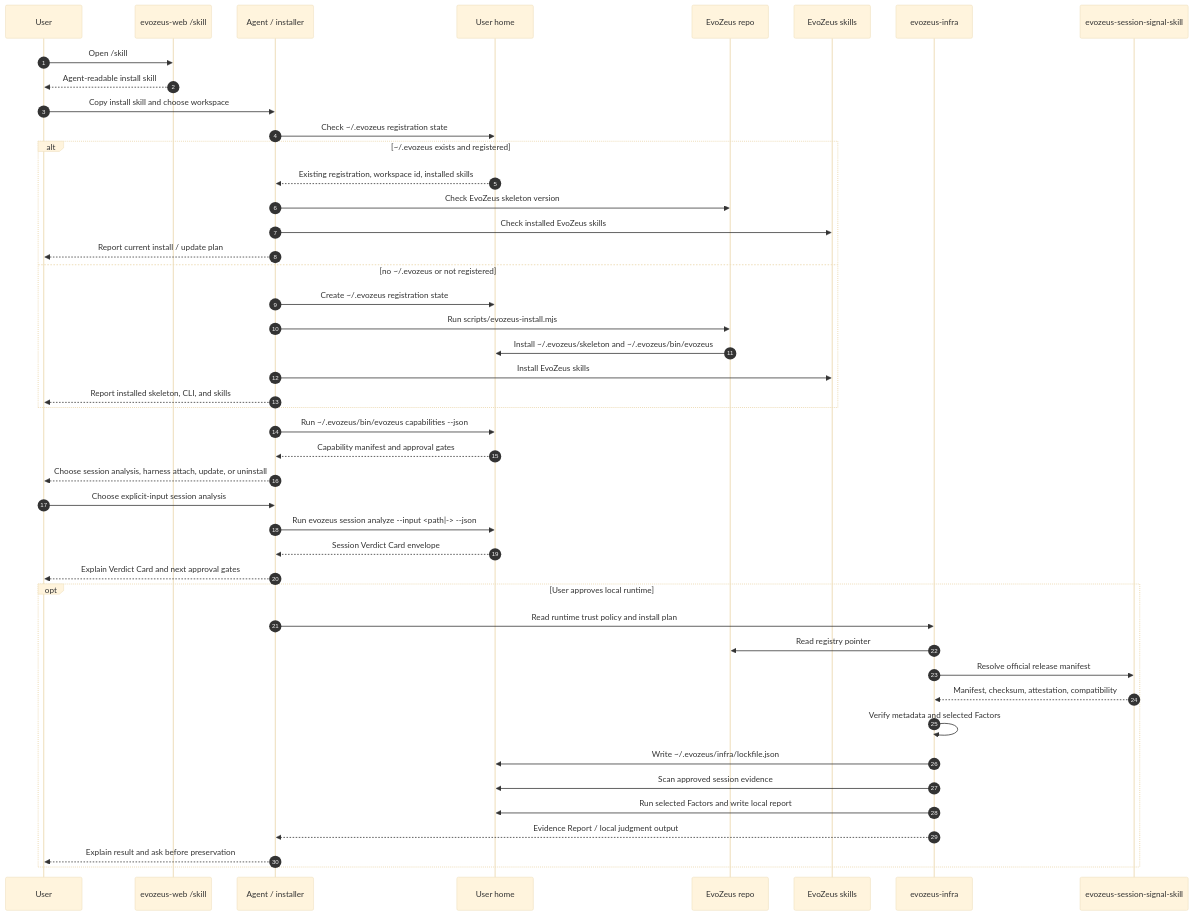
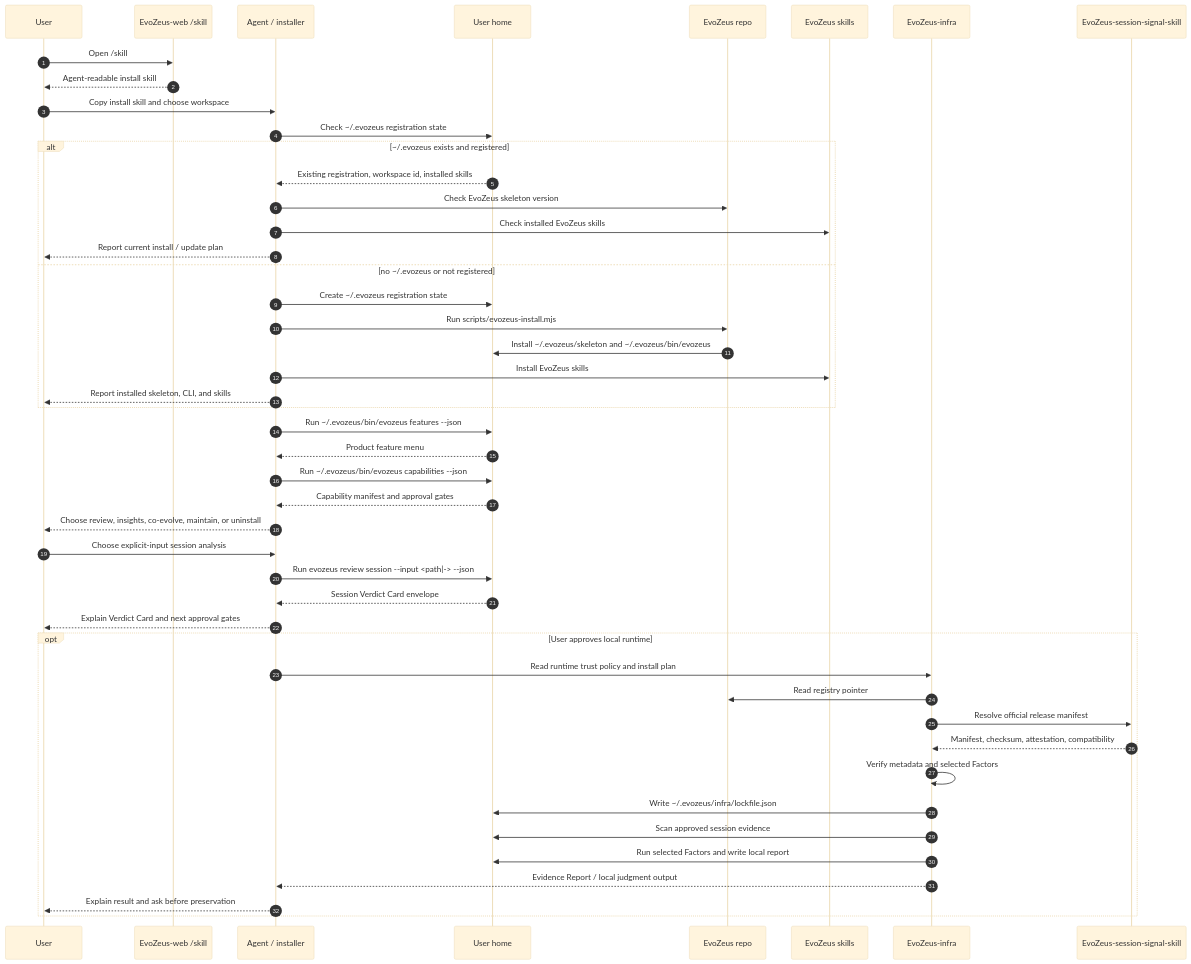
One commit to MetaInFLow/EvoZeus changed the diagram in README.md. Above: the diagram before and after it, drawn with Mermaid (base theme). The commit also changed other lines of this file and 26 other files, not shown here.

Commit message:
feat: add workspace product feature router (#16)

````diff
--- a/README.md
+++ b/README.md
@@ -47,51 +47,53 @@
 ```mermaid
 sequenceDiagram
   autonumber
   participant User
-  participant Community as evozeus-web /skill
+  participant Community as EvoZeus-web /skill
   participant Installer as Agent / installer
   participant Local as User home
   participant Main as EvoZeus repo
   participant Skills as EvoZeus skills
-  participant Runtime as evozeus-infra
-  participant Official as evozeus-session-signal-skill
+  participant Runtime as EvoZeus-infra
+  participant Official as EvoZeus-session-signal-skill
 
   User->>Community: Open /skill
   Community-->>User: Agent-readable install skill
   User->>Installer: Copy install skill and choose workspace
   Installer->>Local: Check ~/.evozeus registration state
 
   alt ~/.evozeus exists and registered
     Local-->>Installer: Existing registration, workspace id, installed skills
     Installer->>Main: Check EvoZeus skeleton version
     Installer->>Skills: Check installed EvoZeus skills
     Installer-->>User: Report current install / update plan
   else no ~/.evozeus or not registered
     Installer->>Local: Create ~/.evozeus registration state
     Installer->>Main: Run scripts/evozeus-install.mjs
     Main->>Local: Install ~/.evozeus/skeleton and ~/.evozeus/bin/evozeus
     Installer->>Skills: Install EvoZeus skills
     Installer-->>User: Report installed skeleton, CLI, and skills
   end
 
+  Installer->>Local: Run ~/.evozeus/bin/evozeus features --json
+  Local-->>Installer: Product feature menu
   Installer->>Local: Run ~/.evozeus/bin/evozeus capabilities --json
   Local-->>Installer: Capability manifest and approval gates
-  Installer-->>User: Choose session analysis, harness attach, update, or uninstall
+  Installer-->>User: Choose review, insights, co-evolve, maintain, or uninstall
   User->>Installer: Choose explicit-input session analysis
-  Installer->>Local: Run evozeus session analyze --input <path|-> --json
+  Installer->>Local: Run evozeus review session --input <path|-> --json
   Local-->>Installer: Session Verdict Card envelope
   Installer-->>User: Explain Verdict Card and next approval gates
 
   opt User approves local runtime
     Installer->>Runtime: Read runtime trust policy and install plan
     Runtime->>Main: Read registry pointer
     Runtime->>Official: Resolve official release manifest
     Official-->>Runtime: Manifest, checksum, attestation, compatibility
     Runtime->>Runtime: Verify metadata and selected Factors
     Runtime->>Local: Write ~/.evozeus/infra/lockfile.json
     Runtime->>Local: Scan approved session evidence
     Runtime->>Local: Run selected Factors and write local report
     Runtime-->>Installer: Evidence Report / local judgment output
     Installer-->>User: Explain result and ask before preservation
   end
 ```
````
